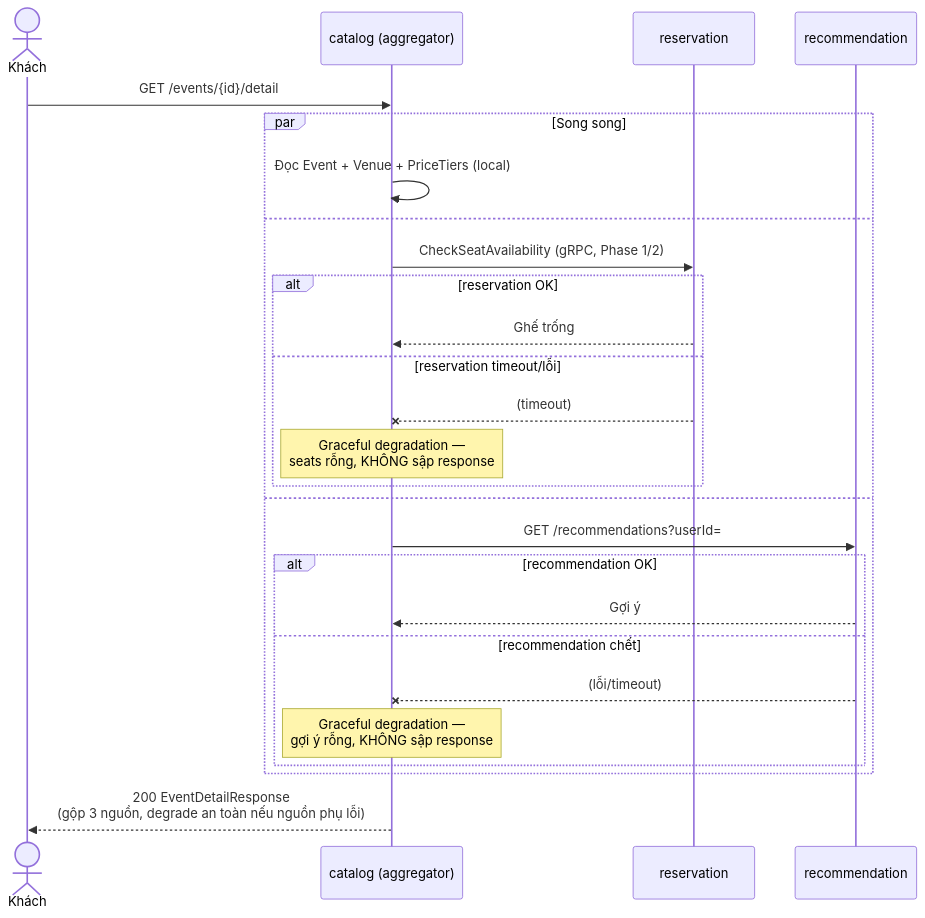
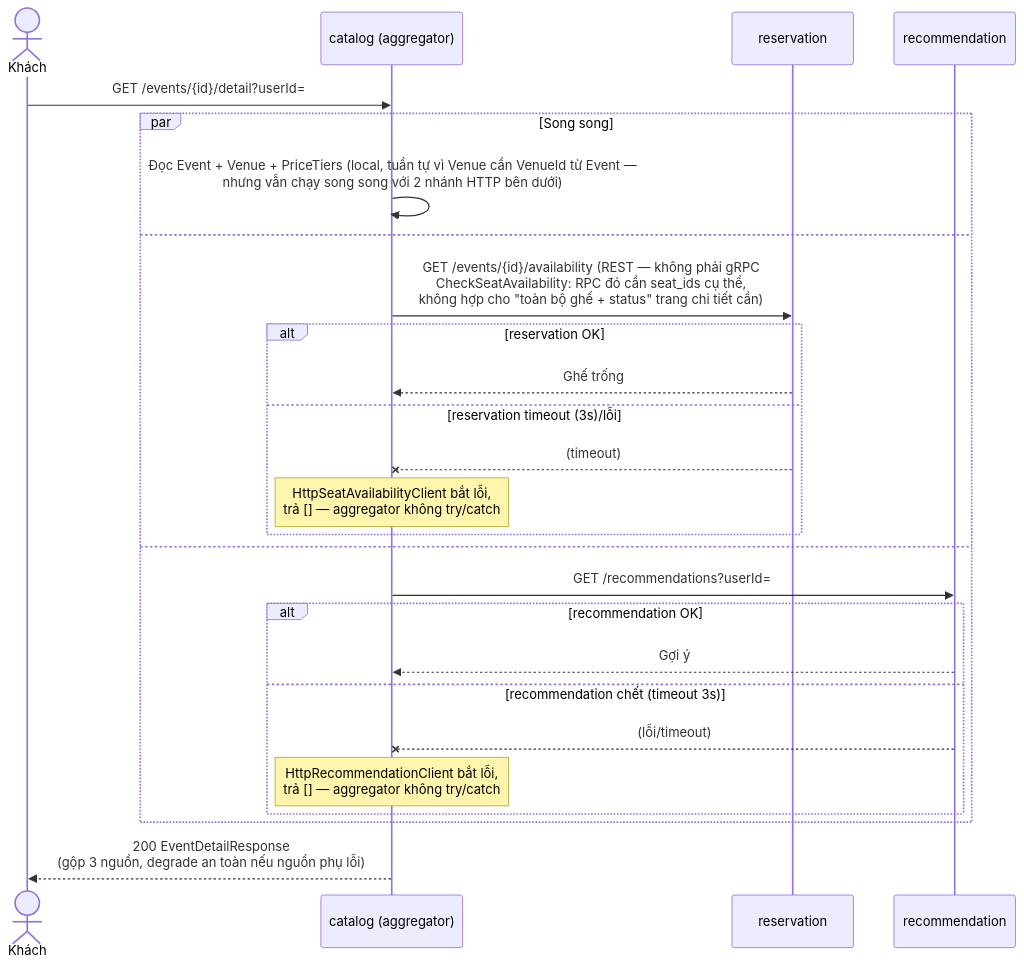
The first of 2 diagrams in docs/phase-6-plan.md (KingChen711/ticket-flow), drawn with Mermaid before and after one commit. The commit also changed other lines of this file and 12 other files, not shown here.

Commit message:
feat(catalog): event-detail aggregator endpoint

````diff
--- a/docs/phase-6-plan.md
+++ b/docs/phase-6-plan.md
@@ -216,29 +224,29 @@
 ```mermaid
 sequenceDiagram
     actor U as Khách
     participant C as catalog (aggregator)
     participant R as reservation
     participant Rec as recommendation
 
-    U->>C: GET /events/{id}/detail
+    U->>C: GET /events/{id}/detail?userId=
     par Song song
-        C->>C: Đọc Event + Venue + PriceTiers (local)
+        C->>C: Đọc Event + Venue + PriceTiers (local, tuần tự vì Venue cần VenueId từ Event —<br/>nhưng vẫn chạy song song với 2 nhánh HTTP bên dưới)
     and
-        C->>R: CheckSeatAvailability (gRPC, Phase 1/2)
+        C->>R: GET /events/{id}/availability (REST — không phải gRPC<br/>CheckSeatAvailability: RPC đó cần seat_ids cụ thể,<br/>không hợp cho "toàn bộ ghế + status" trang chi tiết cần)
         alt reservation OK
             R-->>C: Ghế trống
-        else reservation timeout/lỗi
+        else reservation timeout (3s)/lỗi
             R--xC: (timeout)
-            note over C: Graceful degradation —<br/>seats rỗng, KHÔNG sập response
+            note over C: HttpSeatAvailabilityClient bắt lỗi,<br/>trả [] — aggregator không try/catch
         end
     and
         C->>Rec: GET /recommendations?userId=
         alt recommendation OK
             Rec-->>C: Gợi ý
-        else recommendation chết
+        else recommendation chết (timeout 3s)
             Rec--xC: (lỗi/timeout)
-            note over C: Graceful degradation —<br/>gợi ý rỗng, KHÔNG sập response
+            note over C: HttpRecommendationClient bắt lỗi,<br/>trả [] — aggregator không try/catch
         end
     end
     C-->>U: 200 EventDetailResponse<br/>(gộp 3 nguồn, degrade an toàn nếu nguồn phụ lỗi)
 ```
````
